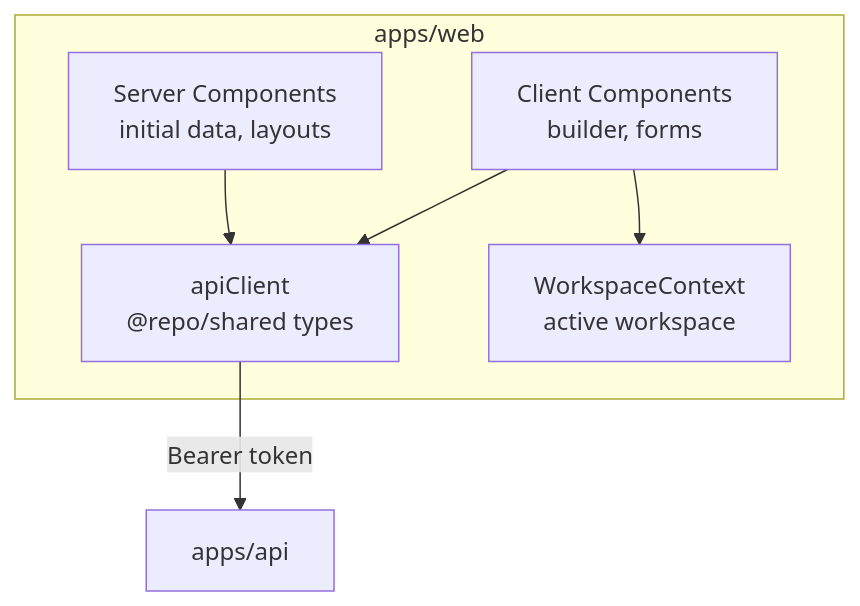
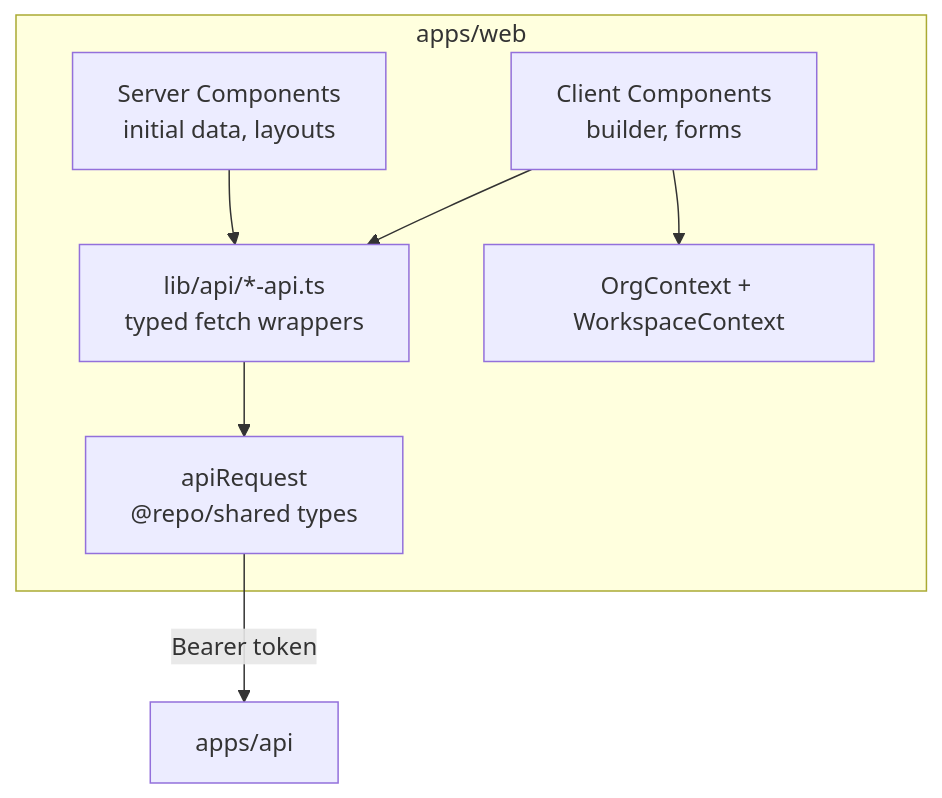
The tenth of 10 diagrams in docs/architecture-roadmap.md (bohdanchornopolskyi/impact-inbox), drawn with Mermaid before and after one commit. The commit also changed other lines of this file and 7 other files, not shown here.

First line of the commit message:
refactor(docs): update architecture and context documentation for organization and workspace model

````diff
--- a/docs/architecture-roadmap.md
+++ b/docs/architecture-roadmap.md
@@ -497,14 +680,16 @@
 ```mermaid
 flowchart TB
   subgraph next["apps/web"]
     RSC["Server Components<br/>initial data, layouts"]
     CC["Client Components<br/>builder, forms"]
-    CTX["WorkspaceContext<br/>active workspace"]
-    API_CLIENT["apiClient<br/>@repo/shared types"]
-    RSC --> API_CLIENT
-    CC --> API_CLIENT
+    CTX["OrgContext + WorkspaceContext"]
+    API_MODULES["lib/api/*-api.ts<br/>typed fetch wrappers"]
+    API_CLIENT["apiRequest<br/>@repo/shared types"]
+    RSC --> API_MODULES
+    CC --> API_MODULES
     CC --> CTX
+    API_MODULES --> API_CLIENT
   end
 
   API_CLIENT -->|"Bearer token"| API["apps/api"]
 ```
````
